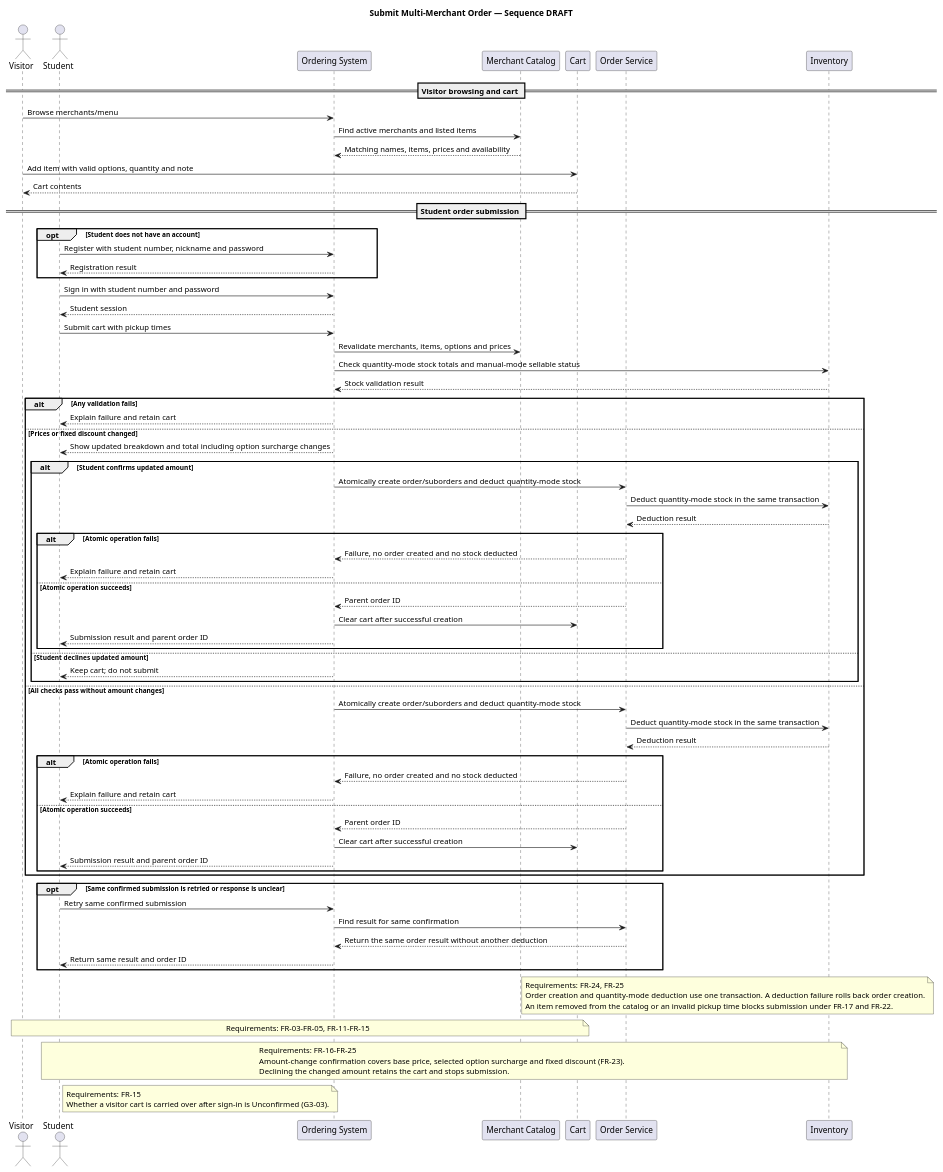
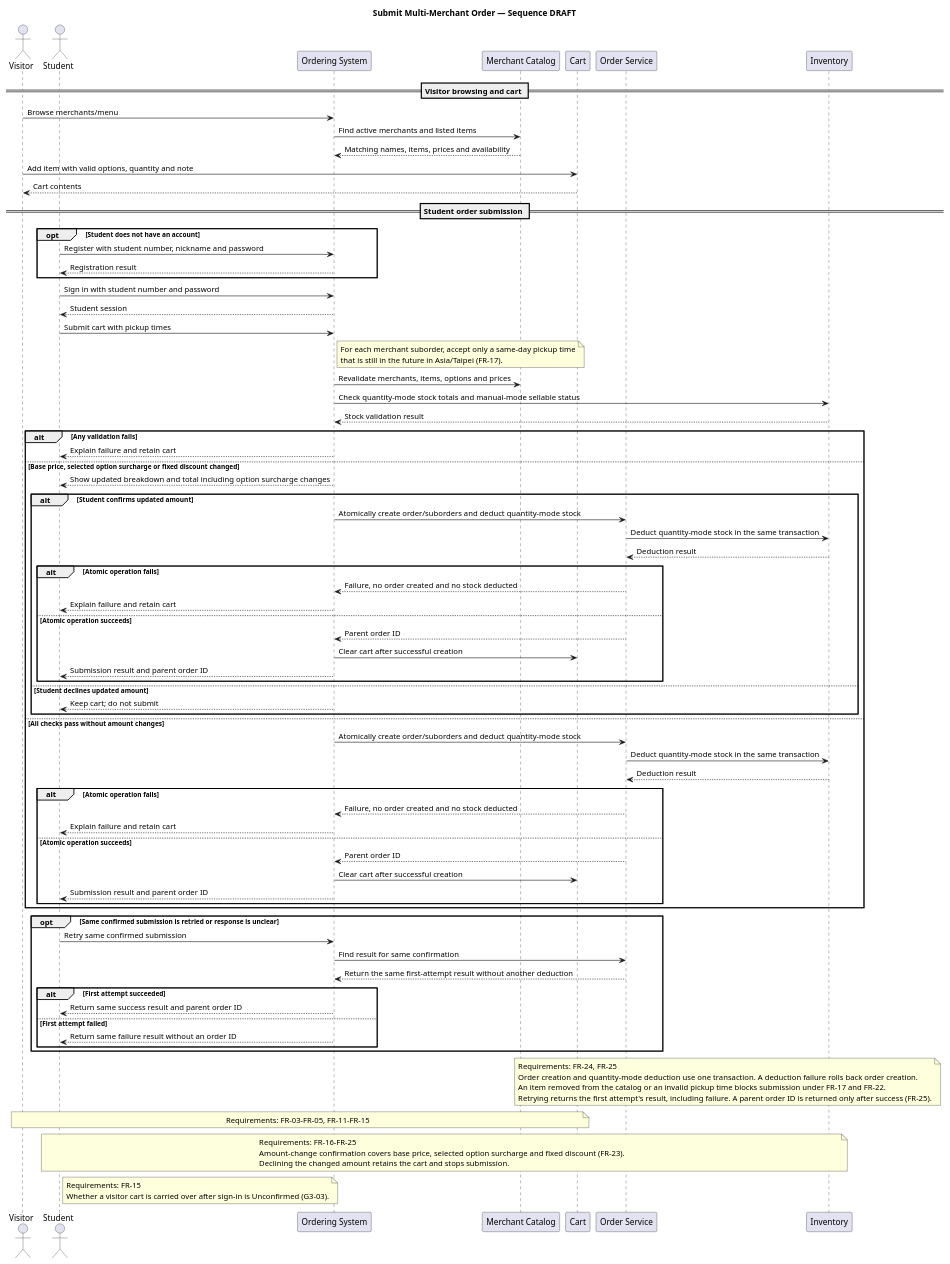
One commit to actcfx/CampusFoodOrderingSystem changed the diagram in specs/001-campus-ordering/uml/sequence-order.puml. Above: the diagram before and after it, drawn with PlantUML. The commit also changed 8 other files, not shown here.

Commit message:
Docs: Fix UML round 2 findings and update G4 record

```diff
--- a/specs/001-campus-ordering/uml/sequence-order.puml
+++ b/specs/001-campus-ordering/uml/sequence-order.puml
@@ -1,87 +1,96 @@
 @startuml
 title Submit Multi-Merchant Order — Sequence DRAFT
 actor Visitor
 actor Student
 participant "Ordering System" as System
 participant "Merchant Catalog" as Catalog
 participant "Cart" as Cart
 participant "Order Service" as Orders
 participant "Inventory" as Inventory
 
 == Visitor browsing and cart ==
 Visitor -> System: Browse merchants/menu
 System -> Catalog: Find active merchants and listed items
 Catalog --> System: Matching names, items, prices and availability
 Visitor -> Cart: Add item with valid options, quantity and note
 Cart --> Visitor: Cart contents
 
 == Student order submission ==
 opt Student does not have an account
   Student -> System: Register with student number, nickname and password
   System --> Student: Registration result
 end
 Student -> System: Sign in with student number and password
 System --> Student: Student session
 Student -> System: Submit cart with pickup times
+note right of System
+  For each merchant suborder, accept only a same-day pickup time
+  that is still in the future in Asia/Taipei (FR-17).
+end note
 System -> Catalog: Revalidate merchants, items, options and prices
 System -> Inventory: Check quantity-mode stock totals and manual-mode sellable status
 Inventory --> System: Stock validation result
 alt Any validation fails
   System --> Student: Explain failure and retain cart
-else Prices or fixed discount changed
+else Base price, selected option surcharge or fixed discount changed
   System --> Student: Show updated breakdown and total including option surcharge changes
   alt Student confirms updated amount
     System -> Orders: Atomically create order/suborders and deduct quantity-mode stock
     Orders -> Inventory: Deduct quantity-mode stock in the same transaction
     Inventory --> Orders: Deduction result
     alt Atomic operation fails
       Orders --> System: Failure, no order created and no stock deducted
       System --> Student: Explain failure and retain cart
     else Atomic operation succeeds
       Orders --> System: Parent order ID
       System -> Cart: Clear cart after successful creation
       System --> Student: Submission result and parent order ID
     end
   else Student declines updated amount
     System --> Student: Keep cart; do not submit
   end
 else All checks pass without amount changes
   System -> Orders: Atomically create order/suborders and deduct quantity-mode stock
   Orders -> Inventory: Deduct quantity-mode stock in the same transaction
   Inventory --> Orders: Deduction result
   alt Atomic operation fails
     Orders --> System: Failure, no order created and no stock deducted
     System --> Student: Explain failure and retain cart
   else Atomic operation succeeds
     Orders --> System: Parent order ID
     System -> Cart: Clear cart after successful creation
     System --> Student: Submission result and parent order ID
   end
 end
 
 opt Same confirmed submission is retried or response is unclear
   Student -> System: Retry same confirmed submission
   System -> Orders: Find result for same confirmation
-  Orders --> System: Return the same order result without another deduction
-  System --> Student: Return same result and order ID
+  Orders --> System: Return the same first-attempt result without another deduction
+  alt First attempt succeeded
+    System --> Student: Return same success result and parent order ID
+  else First attempt failed
+    System --> Student: Return same failure result without an order ID
+  end
 end
 
 note over Orders,Inventory
   Requirements: FR-24, FR-25
   Order creation and quantity-mode deduction use one transaction. A deduction failure rolls back order creation.
   An item removed from the catalog or an invalid pickup time blocks submission under FR-17 and FR-22.
+  Retrying returns the first attempt's result, including failure. A parent order ID is returned only after success (FR-25).
 end note
 
 note over Visitor,Cart
   Requirements: FR-03–FR-05, FR-11–FR-15
 end note
 note over Student,Inventory
   Requirements: FR-16–FR-25
   Amount-change confirmation covers base price, selected option surcharge and fixed discount (FR-23).
   Declining the changed amount retains the cart and stops submission.
 end note
 note right of Student
   Requirements: FR-15
   Whether a visitor cart is carried over after sign-in is Unconfirmed (G3-03).
 end note
 @enduml
```
